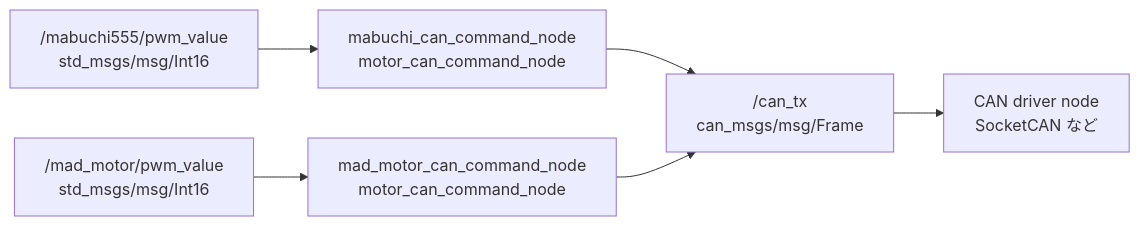
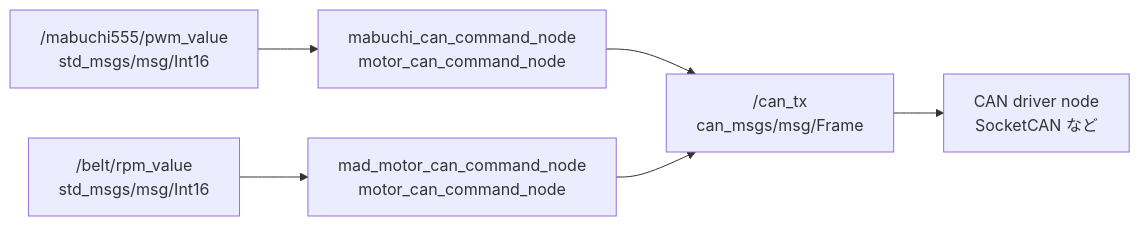
One commit to rodep-soft/rox2026 changed the second of 5 diagrams in ros2_ws/src/README.md. Above: the diagram before and after it, drawn with Mermaid. The commit also changed other lines of this file and 11 other files, not shown here.

````diff
--- a/ros2_ws/src/README.md
+++ b/ros2_ws/src/README.md
@@ -44,15 +44,15 @@
 ```mermaid
 flowchart LR
   mabuchi_pwm["/mabuchi555/pwm_value<br/>std_msgs/msg/Int16"]
-  mad_pwm["/mad_motor/pwm_value<br/>std_msgs/msg/Int16"]
+  mad_pwm["/belt/rpm_value<br/>std_msgs/msg/Int16"]
   mabuchi_cmd["mabuchi_can_command_node<br/>motor_can_command_node"]
   mad_cmd["mad_motor_can_command_node<br/>motor_can_command_node"]
   can_msgs_tx["/can_tx<br/>can_msgs/msg/Frame"]
   can_driver["CAN driver node<br/>SocketCAN など"]
 
   mabuchi_pwm --> mabuchi_cmd
   mad_pwm --> mad_cmd
   mabuchi_cmd --> can_msgs_tx
   mad_cmd --> can_msgs_tx
   can_msgs_tx --> can_driver
 ```
````
